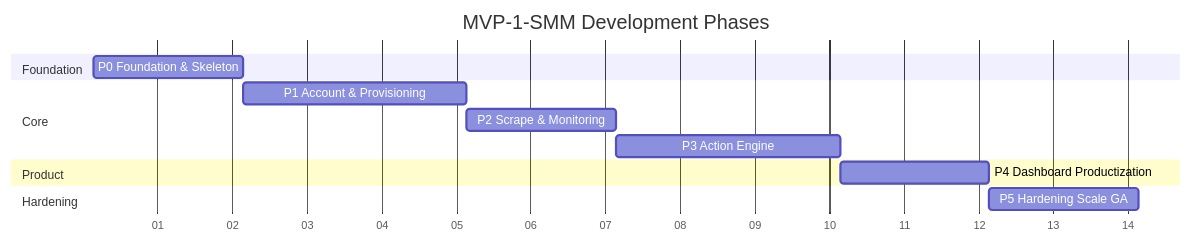
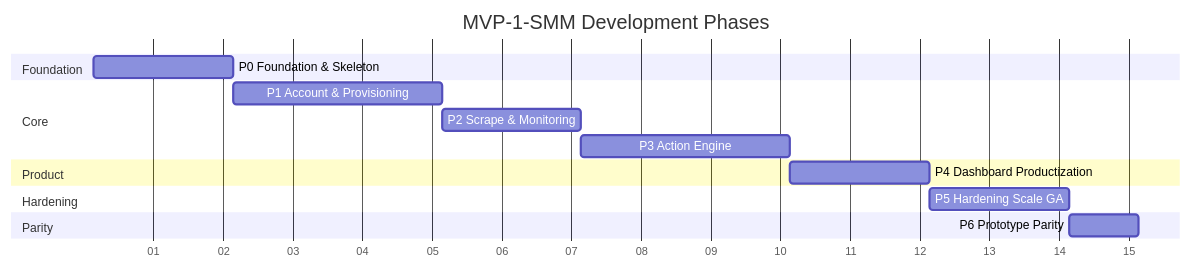
One commit to ahdirmai/jg-smm changed the diagram in docs/DEVELOPMENT_PHASE.md. Above: the diagram before and after it, drawn with Mermaid. The commit also changed other lines of this file and 18 other files, not shown here.

First line of the commit message:
docs: P6 prototype-parity phase — analyst audit, brief, and 12 tickets

````diff
--- a/docs/DEVELOPMENT_PHASE.md
+++ b/docs/DEVELOPMENT_PHASE.md
@@ -216,16 +246,18 @@
 ```mermaid
 gantt
     title MVP-1-SMM Development Phases
     dateFormat  YYYY-MM-DD
     axisFormat  %W
     section Foundation
     P0 Foundation & Skeleton      :p0, 2025-01-06, 14d
     section Core
     P1 Account & Provisioning      :p1, after p0, 21d
     P2 Scrape & Monitoring         :p2, after p1, 14d
     P3 Action Engine               :p3, after p2, 21d
     section Product
     P4 Dashboard Productization    :p4, after p3, 14d
     section Hardening
     P5 Hardening Scale GA          :p5, after p4, 14d
+    section Parity
+    P6 Prototype Parity            :p6, after p5,  7d
 ```
````
